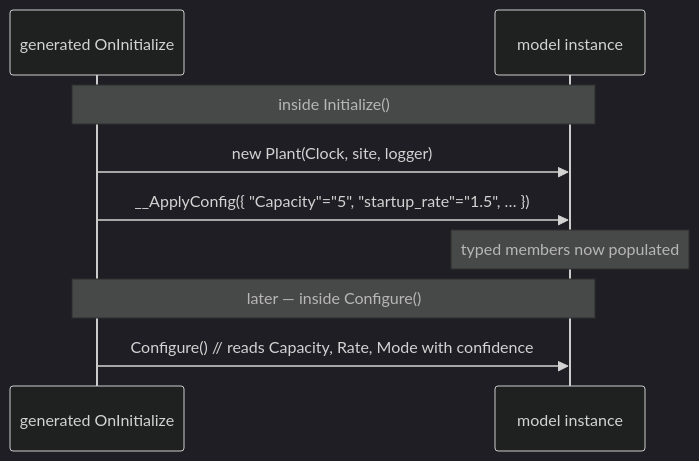
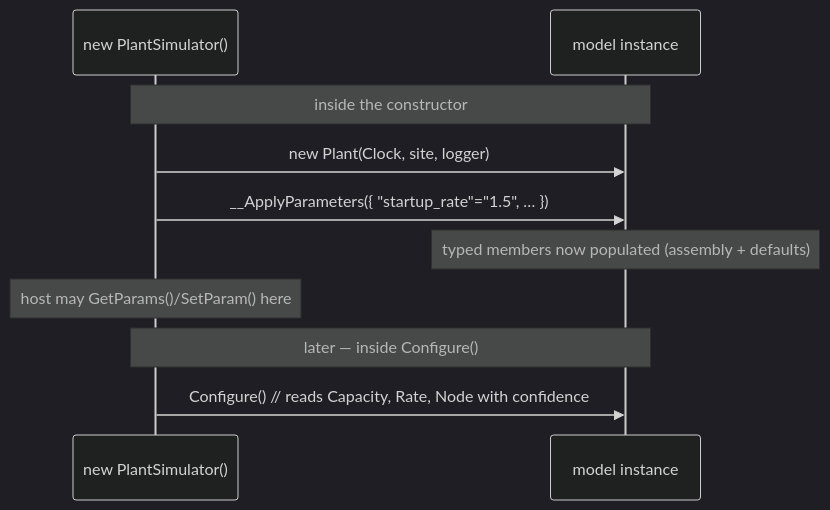
The second of 2 diagrams in public/content/configuration.md (SimulaSharp-org/simulasharp-docs), drawn with Mermaid (dark theme) before and after one commit. The commit also changed other lines of this file and 28 other files, not shown here.

First line of the commit message:
Document parameters (defaults, GetParams/SetParam) and the ctor lifecycle

````diff
--- a/public/content/configuration.md
+++ b/public/content/configuration.md
@@ -141,11 +153,12 @@
 ```mermaid
 sequenceDiagram
-  participant Sim as generated OnInitialize
+  participant Sim as new PlantSimulator()
   participant Inst as model instance
-  Note over Sim,Inst: inside Initialize()
+  Note over Sim,Inst: inside the constructor
   Sim->>Inst: new Plant(Clock, site, logger)
-  Sim->>Inst: __ApplyConfig({ "Capacity"="5", "startup_rate"="1.5", … })
-  Note over Inst: typed members now populated
+  Sim->>Inst: __ApplyParameters({ "startup_rate"="1.5", … })
+  Note over Inst: typed members now populated (assembly + defaults)
+  Note over Sim: host may GetParams()/SetParam() here
   Note over Sim,Inst: later — inside Configure()
-  Sim->>Inst: Configure()   // reads Capacity, Rate, Mode with confidence
+  Sim->>Inst: Configure()   // reads Capacity, Rate, Node with confidence
 ```
````
